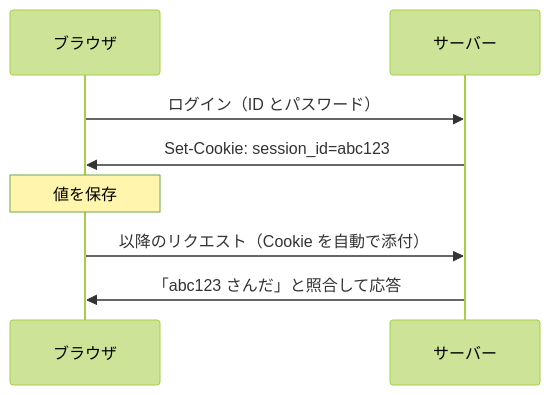
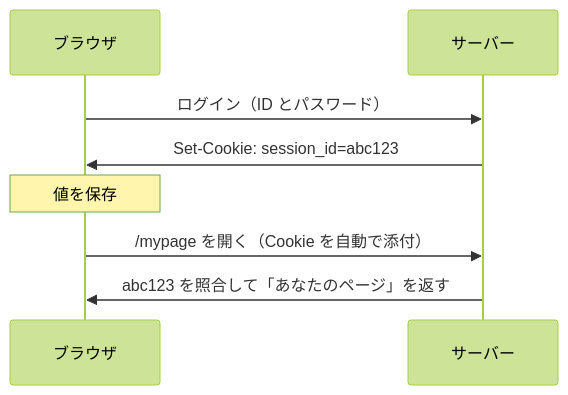
The diagram in docs/drafts/051/index.md (ozaki25/web-front-training-ozaki25), drawn with Mermaid (forest theme) before and after one commit. The commit also changed other lines of this file, not shown here.

First line of the commit message:
051 Cookie を問い駆動・因果の鎖で再構成

````diff
--- a/docs/drafts/051/index.md
+++ b/docs/drafts/051/index.md
@@ -32,10 +28,10 @@
 ```mermaid
 sequenceDiagram
   participant B as ブラウザ
   participant S as サーバー
   B->>S: ログイン（ID とパスワード）
   S->>B: Set-Cookie: session_id=abc123
   Note over B: 値を保存
-  B->>S: 以降のリクエスト（Cookie を自動で添付）
-  S->>B: 「abc123 さんだ」と照合して応答
+  B->>S: /mypage を開く（Cookie を自動で添付）
+  S->>B: abc123 を照合して「あなたのページ」を返す
 ```
````
